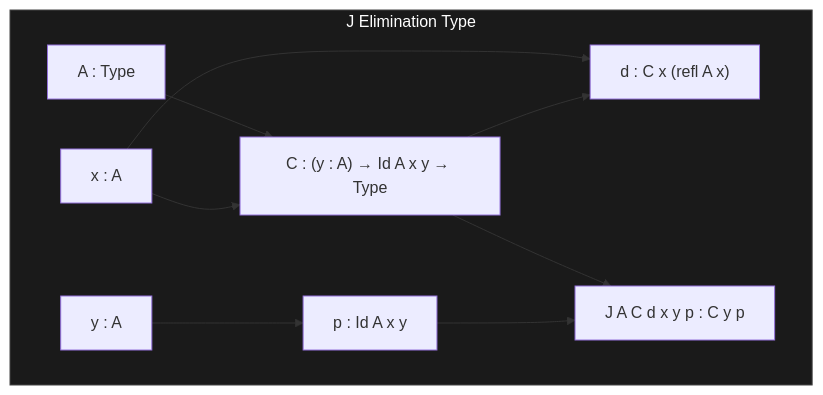
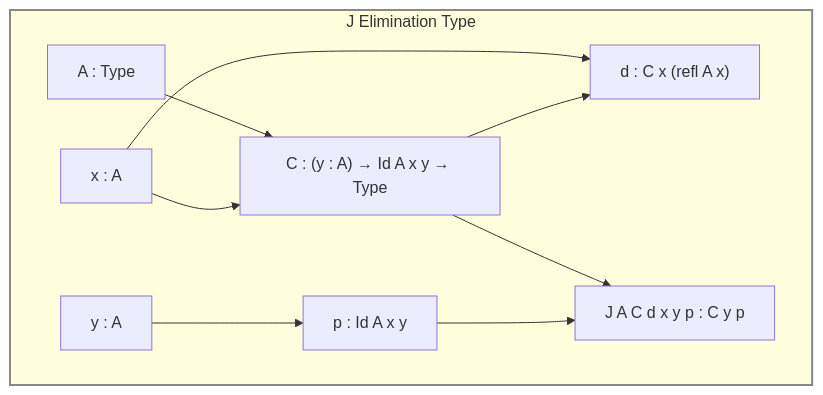
Diagram 19 of 26 in DIAGRAMS.md (watchthelight/HypergraphGo), drawn with Mermaid before and after one commit. The commit also changed other lines of this file and 1 other file, not shown here.

Commit message:
Diagram updates

````diff
--- a/DIAGRAMS.md
+++ b/DIAGRAMS.md
@@ -1137,22 +1387,22 @@
 ```mermaid
 flowchart TB
     subgraph JType["J Elimination Type"]
         A["A : Type"]
         x["x : A"]
         y["y : A"]
         C["C : (y : A) → Id A x y → Type"]
         d["d : C x (refl A x)"]
         p["p : Id A x y"]
         result["J A C d x y p : C y p"]
 
         A --> C
         x --> C
         x --> d
         y --> p
         C --> d
         C --> result
         p --> result
     end
 
-    style JType fill:#1a1a1a,stroke:#444,color:#fff
+    style JType stroke:#888,stroke-width:2px
 ```
````
